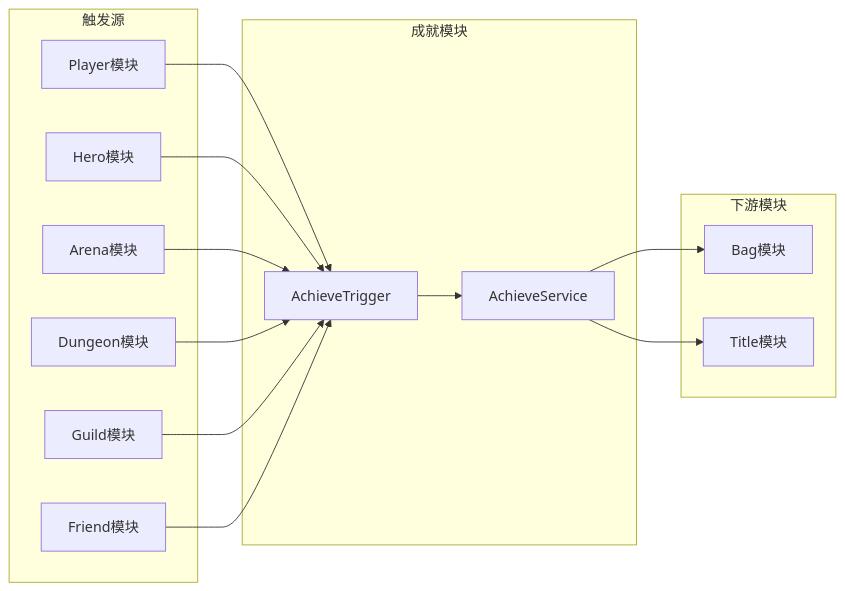
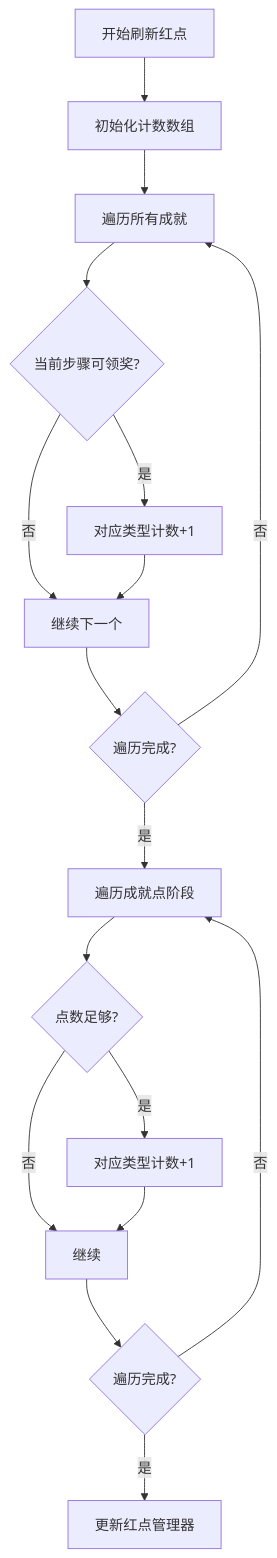
The fifth of 5 diagrams in docs/Module_Achieve/06_实现细节.md (Alan-Ben/k2c_game_framework), drawn with Mermaid before and after one commit. The commit also changed other lines of this file and 32 other files, not shown here.

````diff
--- a/docs/Module_Achieve/06_实现细节.md
+++ b/docs/Module_Achieve/06_实现细节.md
@@ -456,32 +589,19 @@
 ```mermaid
-flowchart LR
-    subgraph 触发源
-        A[Player模块]
-        B[Hero模块]
-        C[Arena模块]
-        D[Dungeon模块]
-        E[Guild模块]
-        F[Friend模块]
-    end
-
-    subgraph 成就模块
-        G[AchieveService]
-        H[AchieveTrigger]
-    end
-
-    subgraph 下游模块
-        I[Bag模块]
-        J[Title模块]
-    end
-
-    A --> H
-    B --> H
-    C --> H
-    D --> H
-    E --> H
-    F --> H
-
-    H --> G
-    G --> I
-    G --> J
+flowchart TD
+    A[开始刷新红点] --> B[初始化计数数组]
+    B --> C[遍历所有成就]
+    C --> D{当前步骤可领奖?}
+    D -->|是| E[对应类型计数+1]
+    D -->|否| F[继续下一个]
+    E --> F
+    F --> G{遍历完成?}
+    G -->|否| C
+    G -->|是| H[遍历成就点阶段]
+    H --> I{点数足够?}
+    I -->|是| J[对应类型计数+1]
+    I -->|否| K[继续]
+    J --> K
+    K --> L{遍历完成?}
+    L -->|否| H
+    L -->|是| M[更新红点管理器]
 ```
````
